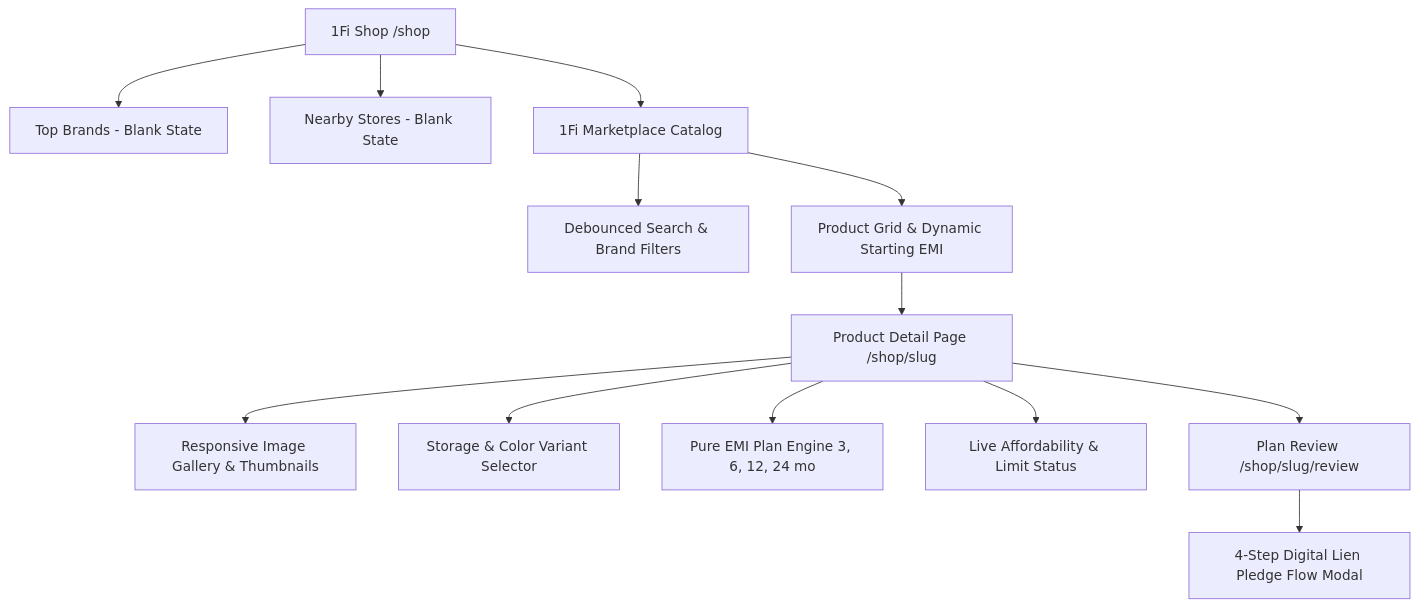
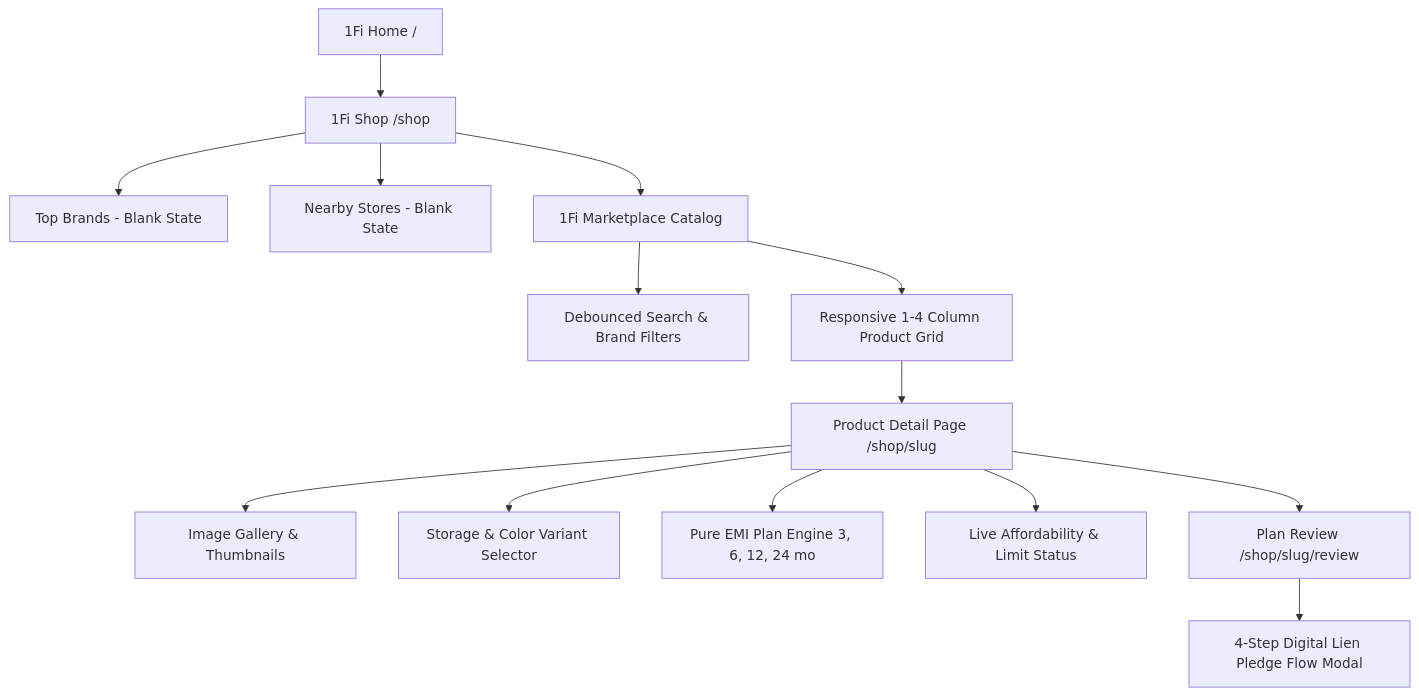
The diagram in README.md (Vikas9892/1Fi), drawn with Mermaid before and after one commit. The commit also changed other lines of this file and 29 other files, not shown here.

Commit message:
feat: deliver responsive desktop shell, local asset architecture, and complete navigation flow

````diff
--- a/README.md
+++ b/README.md
@@ -24,18 +31,19 @@
 ```mermaid
 graph TD
-    Shop[1Fi Shop /shop] --> TopBrands[Top Brands - Blank State]
+    Home[1Fi Home /] --> Shop[1Fi Shop /shop]
+    Shop --> TopBrands[Top Brands - Blank State]
     Shop --> NearbyStores[Nearby Stores - Blank State]
     Shop --> Marketplace[1Fi Marketplace Catalog]
 
     Marketplace --> SearchFilter[Debounced Search & Brand Filters]
-    Marketplace --> ProductGrid[Product Grid & Dynamic Starting EMI]
+    Marketplace --> ProductGrid[Responsive 1-4 Column Product Grid]
     ProductGrid --> PDP[Product Detail Page /shop/slug]
 
-    PDP --> Gallery[Responsive Image Gallery & Thumbnails]
+    PDP --> Gallery[Image Gallery & Thumbnails]
     PDP --> VariantSelector[Storage & Color Variant Selector]
     PDP --> EmiEngine[Pure EMI Plan Engine 3, 6, 12, 24 mo]
     PDP --> AffordabilityCheck[Live Affordability & Limit Status]
 
     PDP --> PlanReview[Plan Review /shop/slug/review]
     PlanReview --> PledgeModal[4-Step Digital Lien Pledge Flow Modal]
 ```
````
